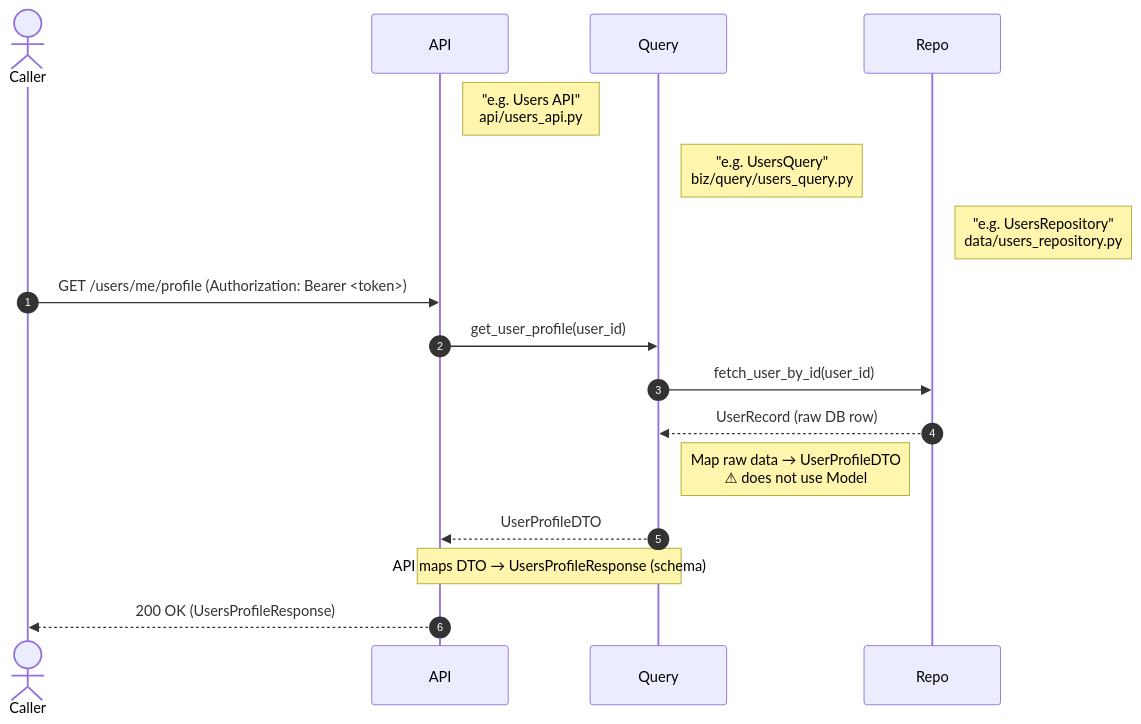
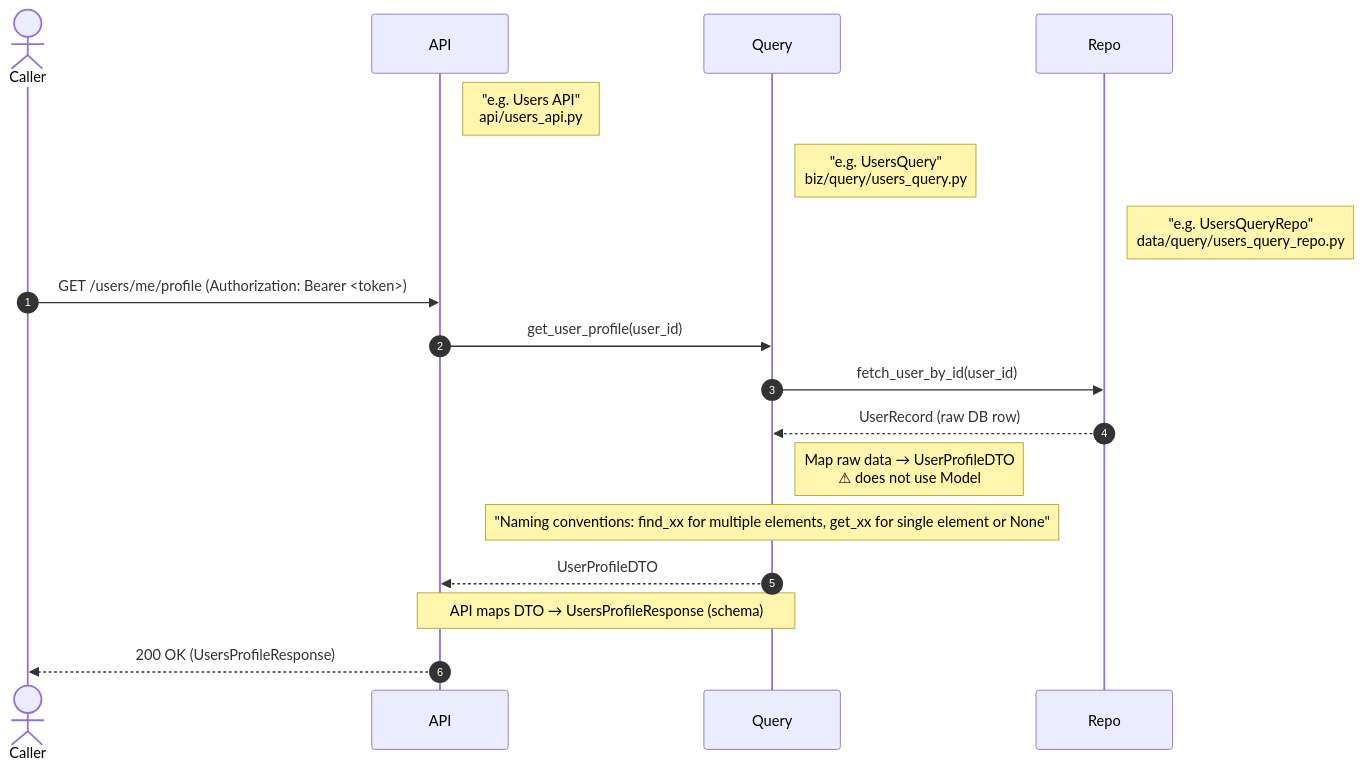
One commit to eSynergy-Solutions/architecture-patterns changed the second of 6 diagrams in Patterns/Apps/Microservices/python/BDP-FastApi-agentic.md. Above: the diagram before and after it, drawn with Mermaid. The commit also changed other lines of this file, not shown here.

Commit message:
updated query pattern to be similar to cqrs

````diff
--- a/Patterns/Apps/Microservices/python/BDP-FastApi-agentic.md
+++ b/Patterns/Apps/Microservices/python/BDP-FastApi-agentic.md
@@ -123,21 +124,22 @@
 ```mermaid
 sequenceDiagram
     autonumber
     actor User as Caller
     participant API
     participant Query
     participant Repo
 
     Note right of API: "e.g. Users API"<br/>api/users_api.py
     Note right of Query: "e.g. UsersQuery"<br/>biz/query/users_query.py
-    Note right of Repo: "e.g. UsersRepository"<br/>data/users_repository.py
+    Note right of Repo: "e.g. UsersQueryRepo"<br/>data/query/users_query_repo.py
 
     User->>API: GET /users/me/profile (Authorization: Bearer <token>)
     API->>Query: get_user_profile(user_id)
     Query->>Repo: fetch_user_by_id(user_id)
     Repo-->>Query: UserRecord (raw DB row)
     Note right of Query: Map raw data → UserProfileDTO<br/>⚠ does not use Model
+    Note over Query: "Naming conventions: find_xx for multiple elements, get_xx for single element or None"
     Query-->>API: UserProfileDTO
     Note over API,Query: API maps DTO → UsersProfileResponse (schema)
     API-->>User: 200 OK (UsersProfileResponse)
 ```
````
